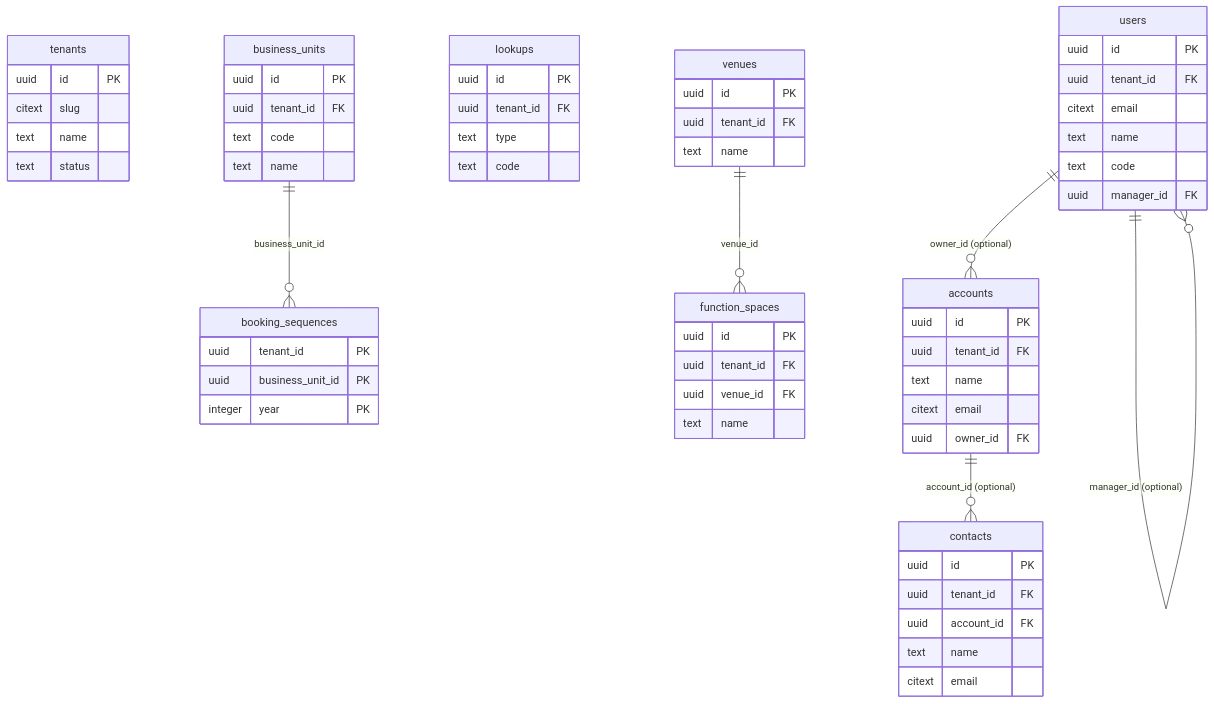
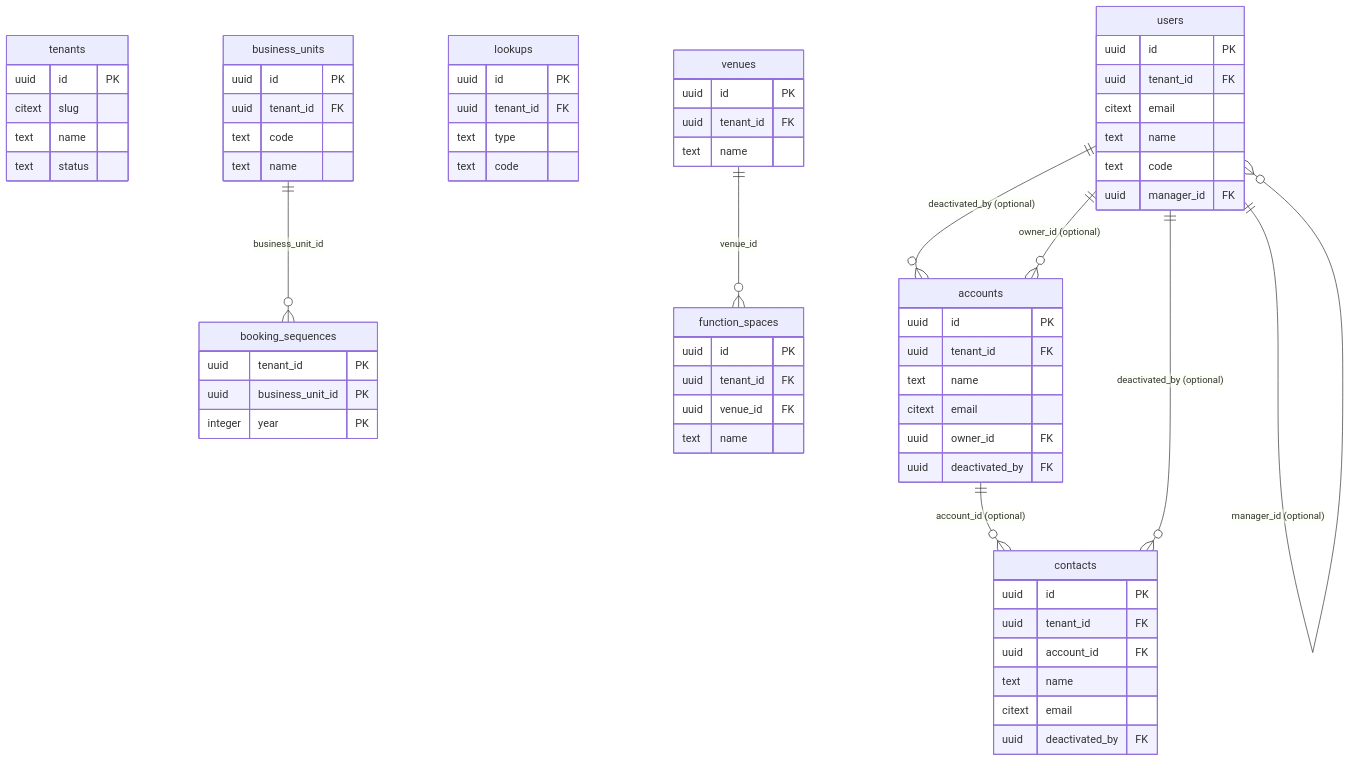
One commit to AlaaOpsAi/SaaSERP changed the second of 3 diagrams in docs/DATABASE.md. Above: the diagram before and after it, drawn with Mermaid. The commit also changed other lines of this file and 52 other files, not shown here.

````diff
--- a/docs/DATABASE.md
+++ b/docs/DATABASE.md
@@ -78,64 +78,68 @@
 ```mermaid
 erDiagram
   tenants {
     uuid id PK
     citext slug
     text name
     text status
   }
   business_units {
     uuid id PK
     uuid tenant_id FK
     text code
     text name
   }
   booking_sequences {
     uuid tenant_id PK
     uuid business_unit_id PK
     integer year PK
   }
   lookups {
     uuid id PK
     uuid tenant_id FK
     text type
     text code
   }
   venues {
     uuid id PK
     uuid tenant_id FK
     text name
   }
   function_spaces {
     uuid id PK
     uuid tenant_id FK
     uuid venue_id FK
     text name
   }
   accounts {
     uuid id PK
     uuid tenant_id FK
     text name
     citext email
     uuid owner_id FK
+    uuid deactivated_by FK
   }
   contacts {
     uuid id PK
     uuid tenant_id FK
     uuid account_id FK
     text name
     citext email
+    uuid deactivated_by FK
   }
   users {
     uuid id PK
     uuid tenant_id FK
     citext email
     text name
     text code
     uuid manager_id FK
   }
+  users ||--o{ accounts : "deactivated_by (optional)"
   users ||--o{ accounts : "owner_id (optional)"
   business_units ||--o{ booking_sequences : "business_unit_id"
   accounts ||--o{ contacts : "account_id (optional)"
+  users ||--o{ contacts : "deactivated_by (optional)"
   venues ||--o{ function_spaces : "venue_id"
   users ||--o{ users : "manager_id (optional)"
 ```
````
